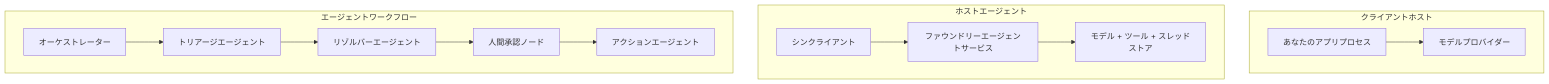
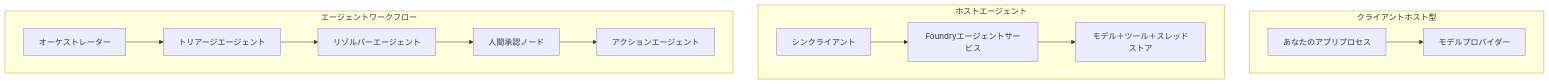
One commit to gabrielmoreira/agent-skills-mirror changed the first of 4 diagrams in mirrors/repos/microsoft@ai-agents-for-beginners/translations/ja/16-deploying-scalable-agents/README.md. Above: the diagram before and after it, drawn with Mermaid. The commit also changed other lines of this file and 3581 other files, not shown here.

````diff
--- a/mirrors/repos/microsoft@ai-agents-for-beginners/translations/ja/16-deploying-scalable-agents/README.md
+++ b/mirrors/repos/microsoft@ai-agents-for-beginners/translations/ja/16-deploying-scalable-agents/README.md
@@ -87,16 +87,16 @@
 ```mermaid
 flowchart TB
-    subgraph P1[クライアントホスト]
+    subgraph P1[クライアントホスト型]
         A1[あなたのアプリプロセス] --> M1[モデルプロバイダー]
     end
     subgraph P2[ホストエージェント]
-        A2[シンクライアント] --> F2[ファウンドリーエージェントサービス]
-        F2 --> M2[モデル + ツール + スレッドストア]
+        A2[シンクライアント] --> F2[Foundryエージェントサービス]
+        F2 --> M2[モデル＋ツール＋スレッドストア]
     end
     subgraph P3[エージェントワークフロー]
         A3[オーケストレーター] --> S1[トリアージエージェント]
         S1 --> S2[リゾルバーエージェント]
         S2 --> H[人間承認ノード]
         H --> S3[アクションエージェント]
     end
 ```
````
